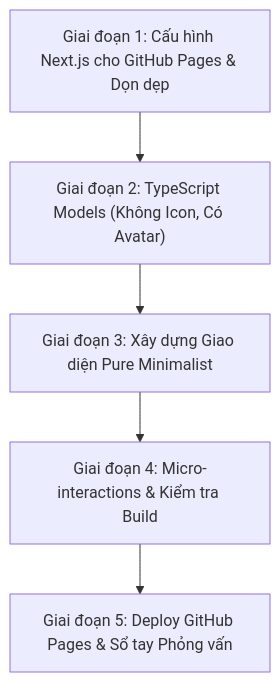
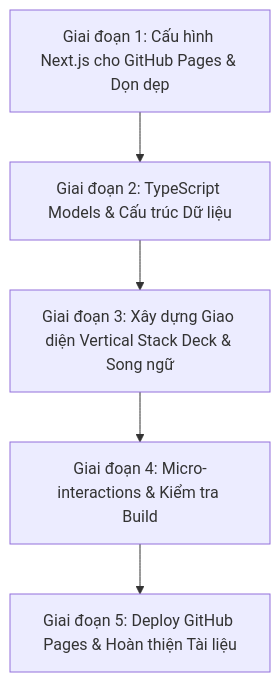
One commit to soodthin/dev-portfolio changed the diagram in ROADMAP.md. Above: the diagram before and after it, drawn with Mermaid. The commit also changed other lines of this file and 23 other files, not shown here.

````diff
--- a/ROADMAP.md
+++ b/ROADMAP.md
@@ -21,7 +21,7 @@
 ```mermaid
 flowchart TD
-    G1["Giai đoạn 1: Cấu hình Next.js cho GitHub Pages & Dọn dẹp"] --> G2["Giai đoạn 2: TypeScript Models (Không Icon, Có Avatar)"]
-    G2 --> G3["Giai đoạn 3: Xây dựng Giao diện Pure Minimalist"]
+    G1["Giai đoạn 1: Cấu hình Next.js cho GitHub Pages & Dọn dẹp"] --> G2["Giai đoạn 2: TypeScript Models & Cấu trúc Dữ liệu"]
+    G2 --> G3["Giai đoạn 3: Xây dựng Giao diện Vertical Stack Deck & Song ngữ"]
     G3 --> G4["Giai đoạn 4: Micro-interactions & Kiểm tra Build"]
-    G4 --> G5["Giai đoạn 5: Deploy GitHub Pages & Sổ tay Phỏng vấn"]
+    G4 --> G5["Giai đoạn 5: Deploy GitHub Pages & Hoàn thiện Tài liệu"]
 ```
````
